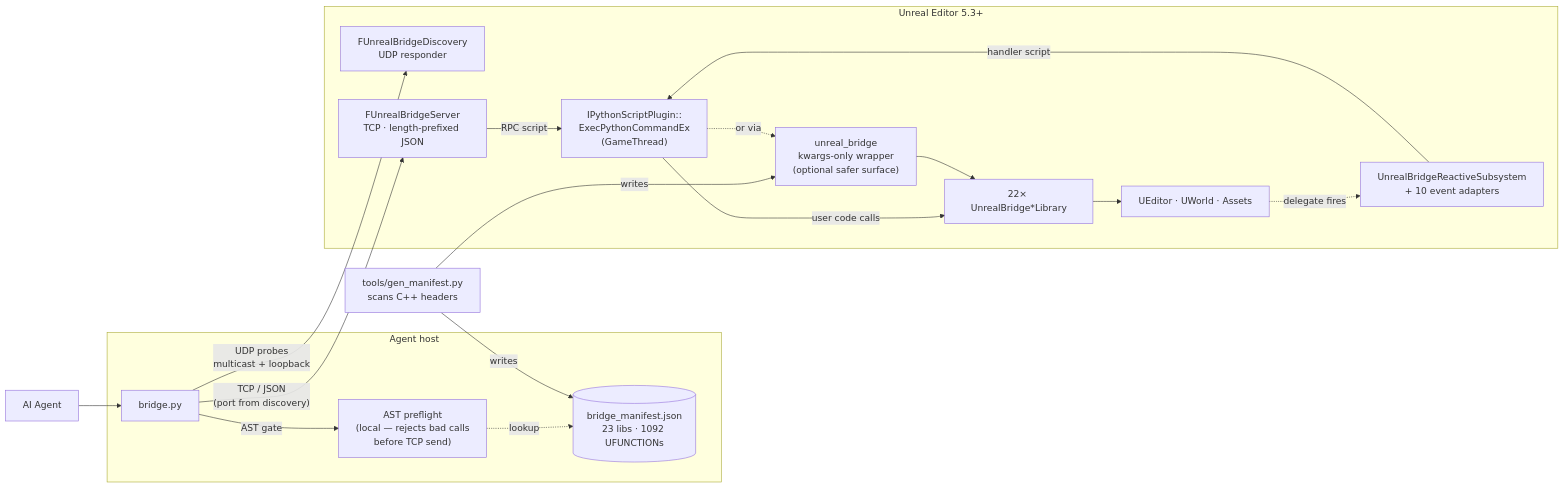
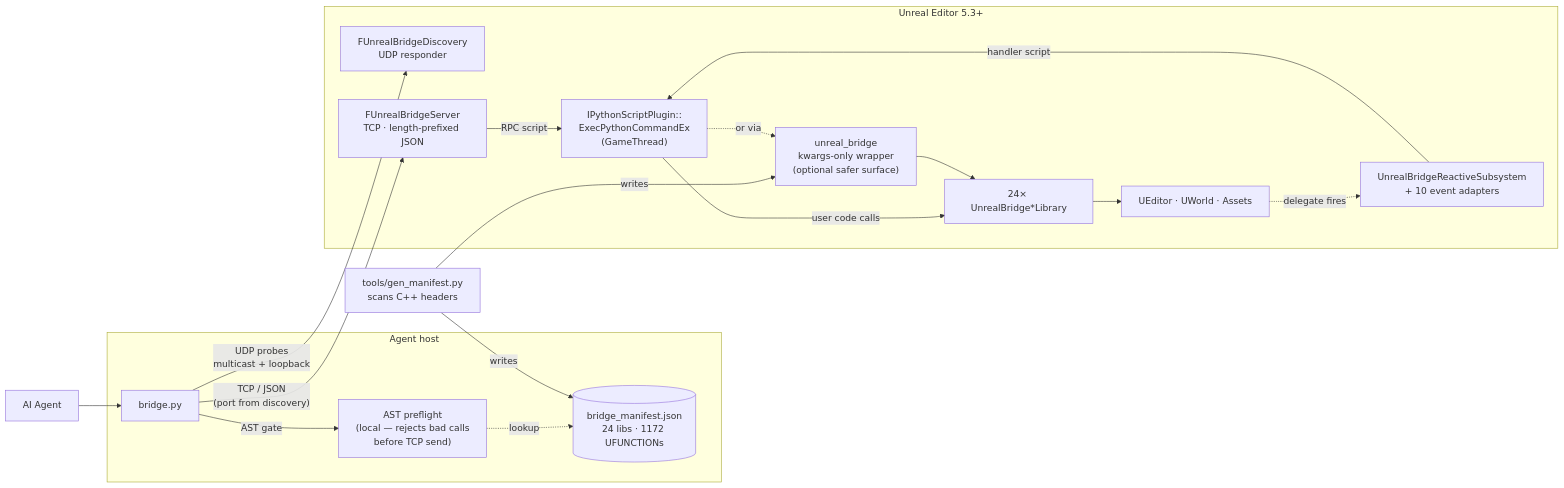
One commit to Tommy1213888/UnrealBridge changed the diagram in README.md. Above: the diagram before and after it, drawn with Mermaid. The commit also changed other lines of this file and 12 other files, not shown here.

````diff
--- a/README.md
+++ b/README.md
@@ -41,40 +41,40 @@
 ```mermaid
 flowchart LR
     Agent["AI Agent"]
 
     subgraph Host["Agent host"]
       CLI["bridge.py"]
       Pre["AST preflight<br/>(local — rejects bad calls<br/>before TCP send)"]
-      Mani[("bridge_manifest.json<br/>23 libs · 1092 UFUNCTIONs")]
+      Mani[("bridge_manifest.json<br/>24 libs · 1172 UFUNCTIONs")]
     end
 
     Gen["tools/gen_manifest.py<br/>scans C++ headers"]
 
     subgraph UE["Unreal Editor 5.3+"]
       Disc["FUnrealBridgeDiscovery<br/>UDP responder"]
       Server["FUnrealBridgeServer<br/>TCP · length-prefixed JSON"]
       Reactive["UnrealBridgeReactiveSubsystem<br/>+ 10 event adapters"]
       Exec["IPythonScriptPlugin::<br/>ExecPythonCommandEx<br/>(GameThread)"]
       Wrap["unreal_bridge<br/>kwargs-only wrapper<br/>(optional safer surface)"]
-      Libs["22× UnrealBridge*Library"]
+      Libs["24× UnrealBridge*Library"]
       Engine["UEditor · UWorld · Assets"]
     end
 
     Agent --> CLI
     CLI -- "AST gate" --> Pre
     Pre -. "lookup" .-> Mani
 
     Gen -- "writes" --> Mani
     Gen -- "writes" --> Wrap
 
     CLI -- "UDP probes<br/>multicast + loopback" --> Disc
     CLI -- "TCP / JSON<br/>(port from discovery)" --> Server
     Server -- "RPC script" --> Exec
     Engine -. "delegate fires" .-> Reactive
     Reactive -- "handler script" --> Exec
 
     Exec -- "user code calls" --> Libs
     Exec -. "or via" .-> Wrap
     Wrap --> Libs
     Libs --> Engine
 ```
````
